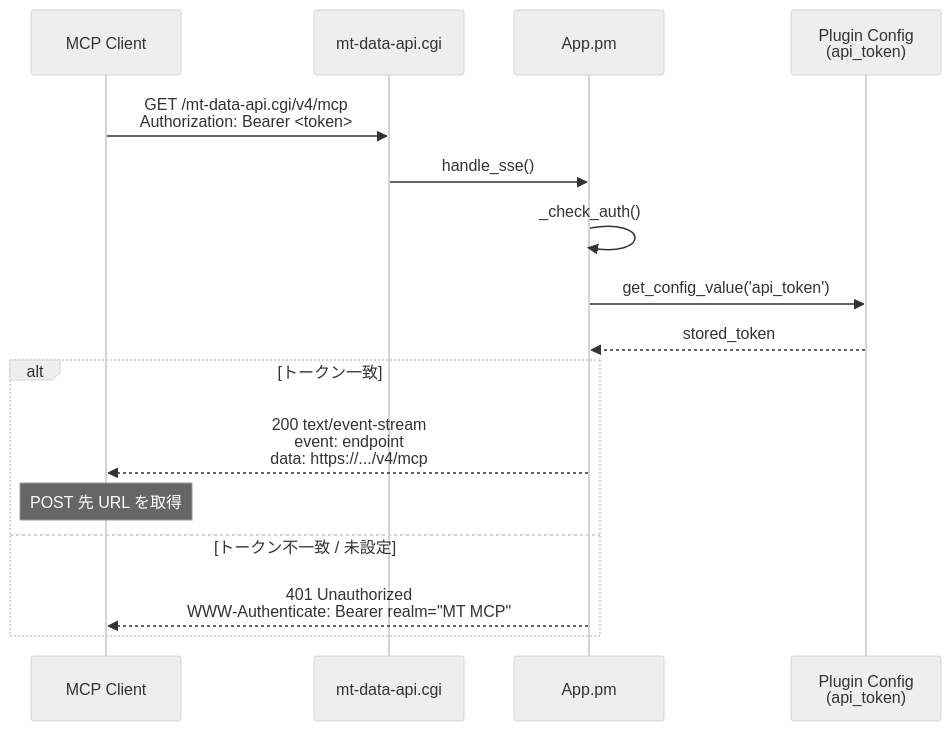
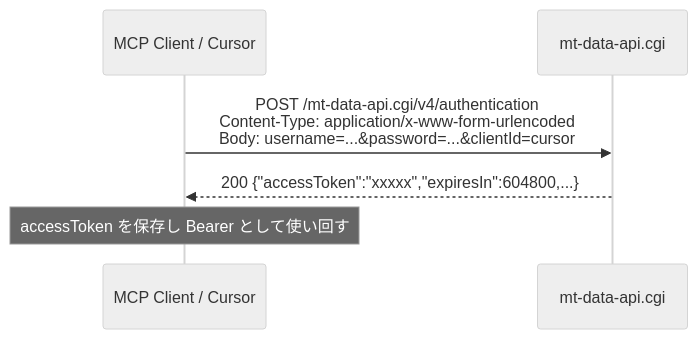
The first of 4 diagrams in docs/architecture-auth.md (redamoon/mt-plugin-mcp), drawn with Mermaid (neutral theme) before and after one commit. The commit also changed other lines of this file and 6 other files, not shown here.

````diff
--- a/docs/architecture-auth.md
+++ b/docs/architecture-auth.md
@@ -73,20 +13,9 @@
 ```mermaid
 sequenceDiagram
-    participant C  as MCP Client
+    participant C  as MCP Client / Cursor
     participant MT as mt-data-api.cgi
-    participant A  as App.pm
-    participant CF as Plugin Config<br/>(api_token)
 
-    C->>MT: GET /mt-data-api.cgi/v4/mcp<br/>Authorization: Bearer <token>
-    MT->>A: handle_sse()
-    A->>A: _check_auth()
-    A->>CF: get_config_value('api_token')
-    CF-->>A: stored_token
-
-    alt トークン一致
-        A-->>C: 200 text/event-stream<br/>event: endpoint<br/>data: https://.../v4/mcp
-        Note over C: POST 先 URL を取得
-    else トークン不一致 / 未設定
-        A-->>C: 401 Unauthorized<br/>WWW-Authenticate: Bearer realm="MT MCP"
-    end
+    C->>MT: POST /mt-data-api.cgi/v4/authentication<br/>Content-Type: application/x-www-form-urlencoded<br/>Body: username=...&password=...&clientId=cursor
+    MT-->>C: 200 {"accessToken":"xxxxx","expiresIn":604800,...}
+    Note over C: accessToken を保存し Bearer として使い回す
 ```
````
